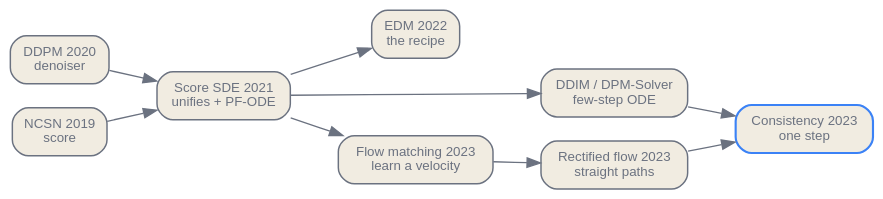
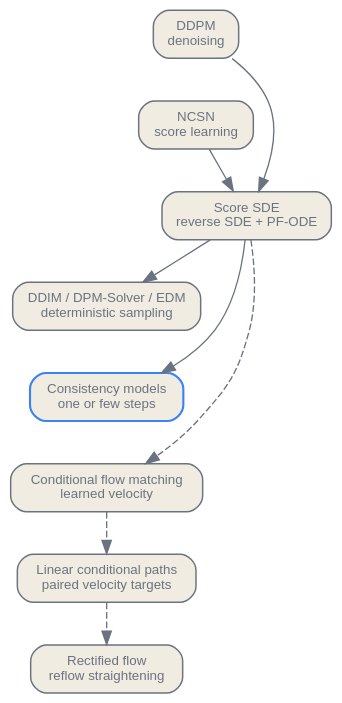
One commit to latere-ai/ai-as-an-infrastructure changed the diagram in en/generative/01-diffusion-flow-matching.qmd. Above: the diagram before and after it, drawn with Graphviz. The commit also changed other lines of this file and 9 other files, not shown here.

Commit message:
Rewrite diffusion and flow matching chapter

````diff
--- a/en/generative/01-diffusion-flow-matching.qmd
+++ b/en/generative/01-diffusion-flow-matching.qmd
@@ -244,27 +509,32 @@
 ```{dot}
 //| label: fig-diffusion-lineage
-//| fig-cap: "Genealogy of the ideas in this chapter. A denoising line (DDPM) and a score line (NCSN) are unified by the SDE framework and its probability-flow ODE; that ODE is the bridge to fast samplers, to the EDM recipe, and to flow matching, whose straight-path and consistency descendants drive the sampling step count toward one. After Song et al. (2021) and Lipman et al. (2023)."
-digraph lineage {
-  rankdir=LR;
+//| fig-cap: "A relation map, not a strict publication genealogy. DDPM and noise-conditional scores meet in the SDE framework; its probability-flow ODE supports deterministic solvers and consistency methods. Flow matching can use diffusion or linear conditional paths, while rectified flow is a related linear-path formulation."
+digraph relations {
+  rankdir=TB;
+  ranksep=0.45;
+  nodesep=0.30;
   bgcolor="transparent";
   node [shape=box, style="rounded,filled", fontname="Helvetica", fontsize=10, color="#6b7280", fontcolor="#6b7280", fillcolor="#f1ece1", penwidth=1.1];
   edge [fontname="Helvetica", fontsize=9, color="#6b7280", fontcolor="#6b7280"];
 
-  ddpm [label="DDPM 2020\ndenoiser"];
-  ncsn [label="NCSN 2019\nscore"];
-  sde [label="Score SDE 2021\nunifies + PF-ODE"];
-  edm [label="EDM 2022\nthe recipe"];
-  ddim [label="DDIM / DPM-Solver\nfew-step ODE"];
-  fm [label="Flow matching 2023\nlearn a velocity"];
-  rf [label="Rectified flow 2023\nstraight paths"];
-  cm [label="Consistency 2023\none step", color="#3b82f6", penwidth=1.6];
+  ddpm [label="DDPM\ndenoising"];
+  ncsn [label="NCSN\nscore learning"];
+  sde [label="Score SDE\nreverse SDE + PF-ODE"];
+  solver [label="DDIM / DPM-Solver / EDM\ndeterministic sampling"];
+  cm [label="Consistency models\none or few steps", color="#3b82f6", penwidth=1.6];
+  fm [label="Conditional flow matching\nlearned velocity"];
+  linear [label="Linear conditional paths\npaired velocity targets"];
+  rf [label="Rectified flow\nreflow straightening"];
 
+  ddpm -> ncsn [style=invis, weight=10];
   ddpm -> sde;
   ncsn -> sde;
-  sde -> edm;
-  sde -> ddim;
-  sde -> fm;
-  fm -> rf -> cm;
-  ddim -> cm;
+  sde -> solver;
+  solver -> cm [style=invis, weight=10];
+  sde -> cm;
+  cm -> fm [style=invis, weight=10];
+  sde -> fm [style=dashed];
+  fm -> linear [style=dashed];
+  linear -> rf [style=dashed];
 }
 ```
````
